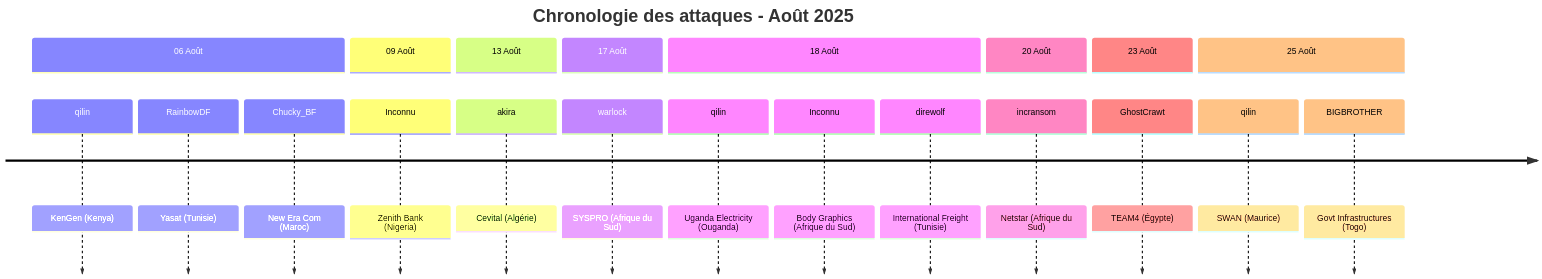
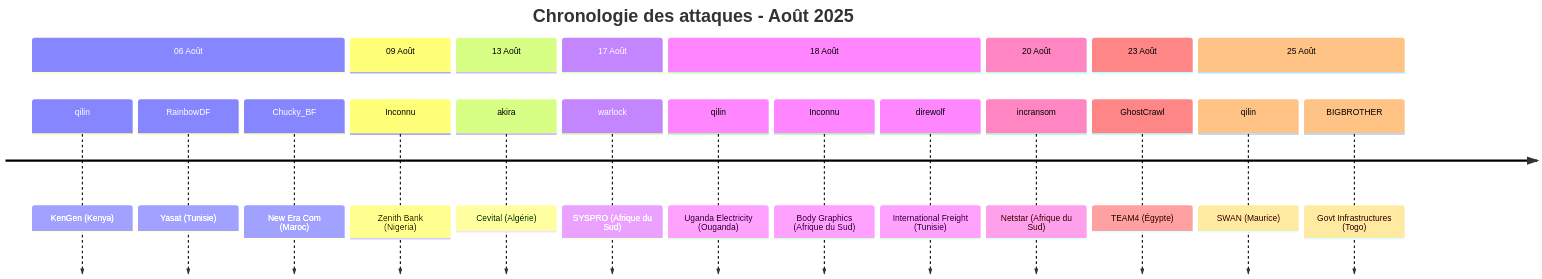
Before and after one commit to Hatchepsoute/AFRINTEL: the fifth of 5 diagrams in CyberAttackAfrica/2025/08-august/README_FR.md, drawn with Mermaid. The commit also changed other lines of this file and 255 other files, not shown here.

````diff
--- a/CyberAttackAfrica/2025/08-august/README_FR.md
+++ b/CyberAttackAfrica/2025/08-august/README_FR.md
@@ -166,26 +166,26 @@
 ```mermaid
 timeline
     title Chronologie des attaques - Août 2025
 
     section 06 Août
         qilin : KenGen (Kenya)
         RainbowDF : Yasat (Tunisie)
         Chucky_BF : New Era Com (Maroc)
     section 09 Août
         Inconnu : Zenith Bank (Nigeria)
     section 13 Août
         akira : Cevital (Algérie)
     section 17 Août
         warlock : SYSPRO (Afrique du Sud)
     section 18 Août
         qilin : Uganda Electricity (Ouganda)
         Inconnu : Body Graphics (Afrique du Sud)
         direwolf : International Freight (Tunisie)
     section 20 Août
         incransom : Netstar (Afrique du Sud)
     section 23 Août
-        GhostCrawt : TEAM4 (Égypte)
+        GhostCrawl : TEAM4 (Égypte)
     section 25 Août
         qilin : SWAN (Maurice)
         BIGBROTHER : Govt Infrastructures (Togo)
 ```
````
